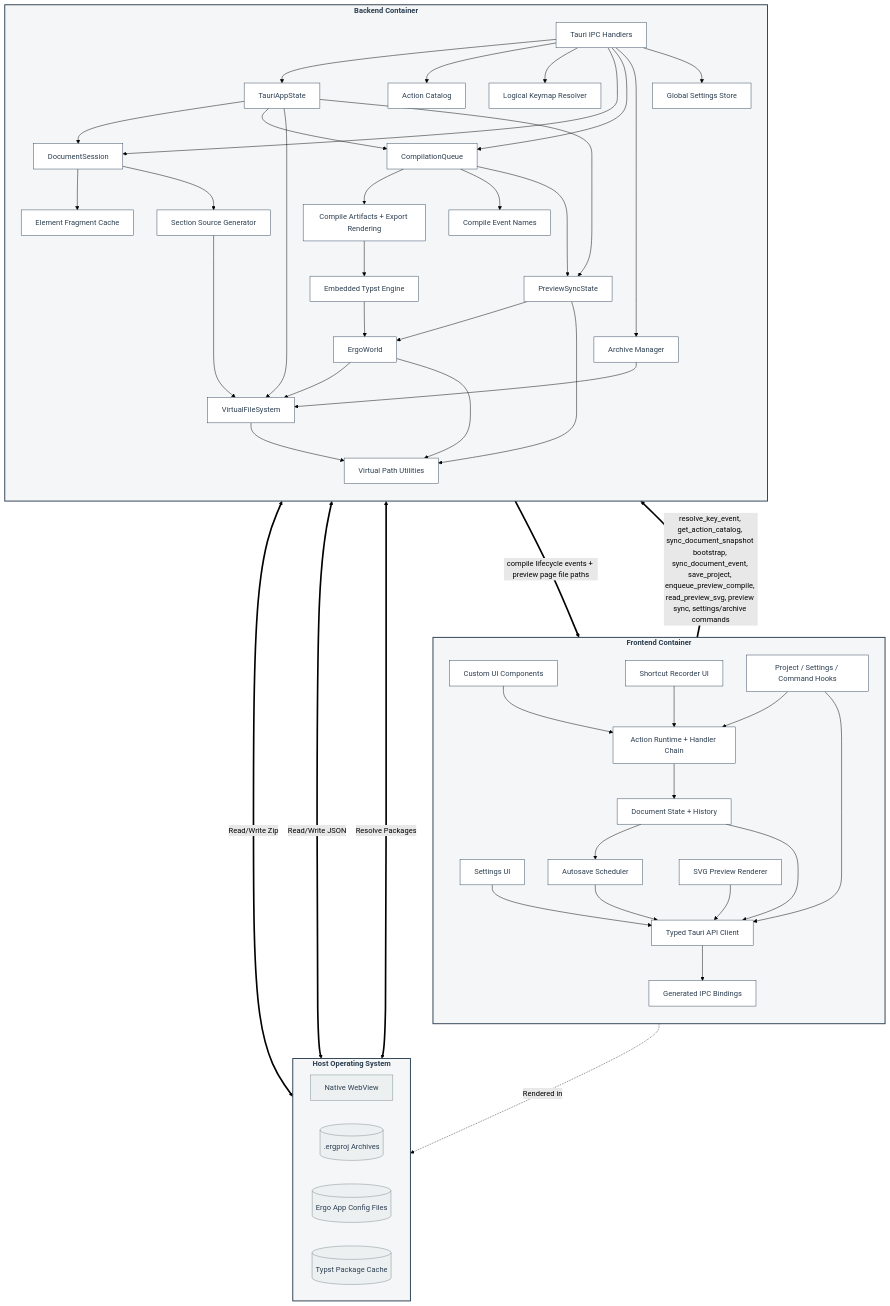
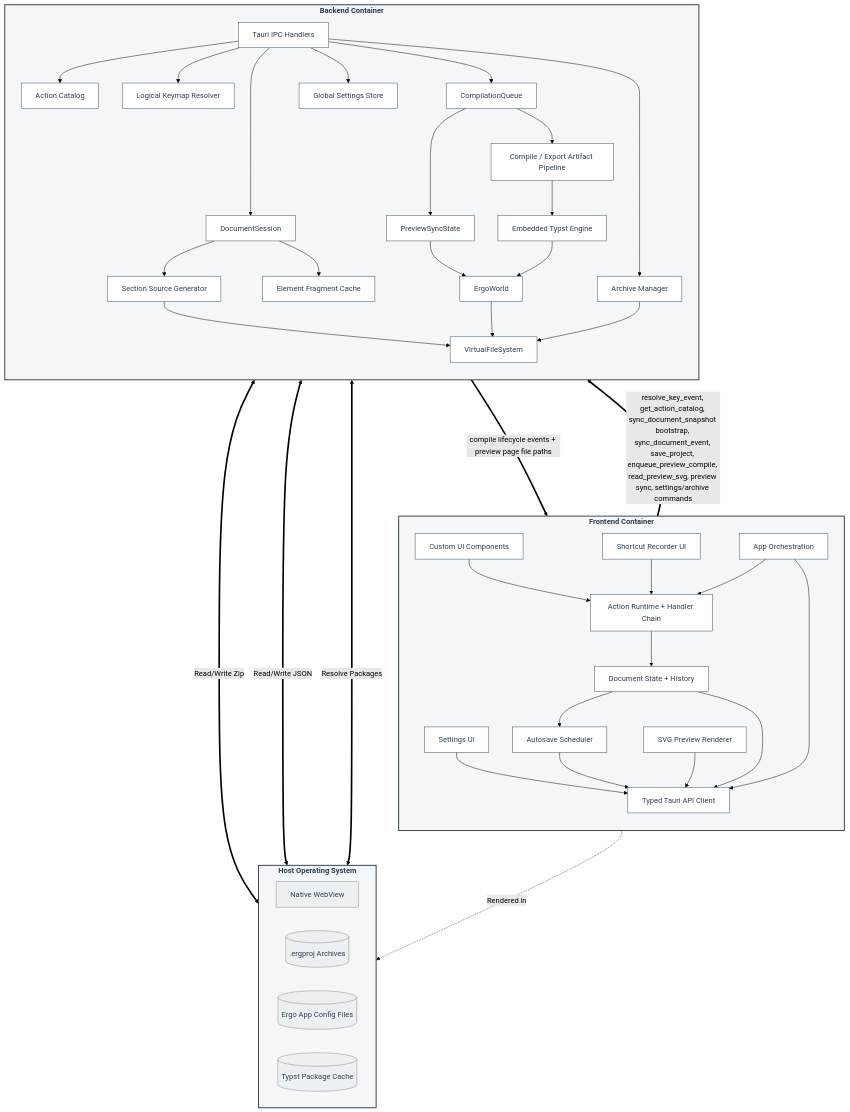
One commit to andmoreduro/ergo changed the diagram in context/component-diagram.md. Above: the diagram before and after it, drawn with Mermaid (forest theme). The commit also changed other lines of this file and 2 other files, not shown here.

Commit message:
docs: update context diagrams to reflect new module structure
Update component-diagram.md, class-diagrams.md, and sequence-diagrams.md
to reflect split module boundaries and command adapter layer.

```diff
--- a/context/component-diagram.md
+++ b/context/component-diagram.md
@@ -34,37 +34,32 @@
         Keymap["Shortcut Recorder UI"]:::comp
         DocState["Document State + History"]:::comp
         SettingsUI["Settings UI"]:::comp
+        AppOrchestration["App Orchestration"]:::comp
         Autosave["Autosave Scheduler"]:::comp
-        LifecycleHooks["Project / Settings / Command Hooks"]:::comp
         Preview["SVG Preview Renderer"]:::comp
         TauriClient["Typed Tauri API Client"]:::comp
-        Bindings["Generated IPC Bindings"]:::comp
 
         UI --> Commands
         Keymap --> Commands
         Commands --> DocState
-        LifecycleHooks --> Commands
-        LifecycleHooks --> TauriClient
+        AppOrchestration --> Commands
+        AppOrchestration --> TauriClient
         SettingsUI --> TauriClient
         Autosave --> TauriClient
         DocState --> Autosave
         DocState --> TauriClient
         Preview --> TauriClient
-        TauriClient --> Bindings
     end
 
     subgraph Backend ["Backend Container"]
         direction TB
         Handlers["Tauri IPC Handlers"]:::comp
-        AppState["TauriAppState"]:::comp
         Session["DocumentSession"]:::comp
         FragmentCache["Element Fragment Cache"]:::comp
         SourceGen["Section Source Generator"]:::comp
         VFS["VirtualFileSystem"]:::comp
         Queue["CompilationQueue"]:::comp
-        CompileArtifacts["Compile Artifacts + Export Rendering"]:::comp
-        CompileEvents["Compile Event Names"]:::comp
-        PathUtils["Virtual Path Utilities"]:::comp
+        ArtifactPipeline["Compile / Export Artifact Pipeline"]:::comp
         PreviewSync["PreviewSyncState"]:::comp
         World["ErgoWorld"]:::comp
         Compiler["Embedded Typst Engine"]:::comp
@@ -73,11 +68,6 @@
         ActionCatalog["Action Catalog"]:::comp
         KeyResolver["Logical Keymap Resolver"]:::comp
 
-        Handlers --> AppState
-        AppState --> Session
-        AppState --> Queue
-        AppState --> VFS
-        AppState --> PreviewSync
         Handlers --> ActionCatalog
         Handlers --> KeyResolver
         Handlers --> Session
@@ -87,16 +77,12 @@
         Session --> FragmentCache
         Session --> SourceGen
         SourceGen --> VFS
-        Queue --> CompileArtifacts
-        Queue --> CompileEvents
-        CompileArtifacts --> Compiler
+        Queue --> ArtifactPipeline
+        ArtifactPipeline --> Compiler
         Queue --> PreviewSync
         PreviewSync --> World
         Compiler --> World
         World --> VFS
-        VFS --> PathUtils
-        World --> PathUtils
-        PreviewSync --> PathUtils
         Archive --> VFS
     end
 
```
